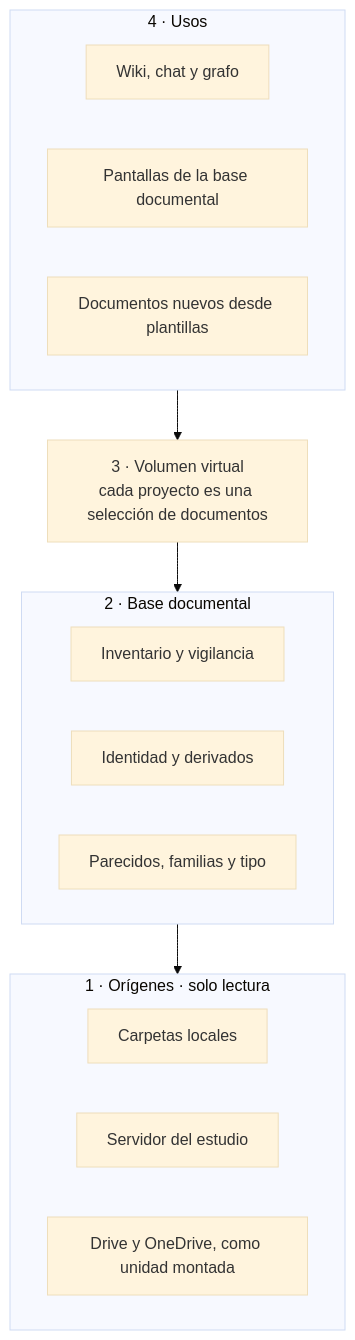
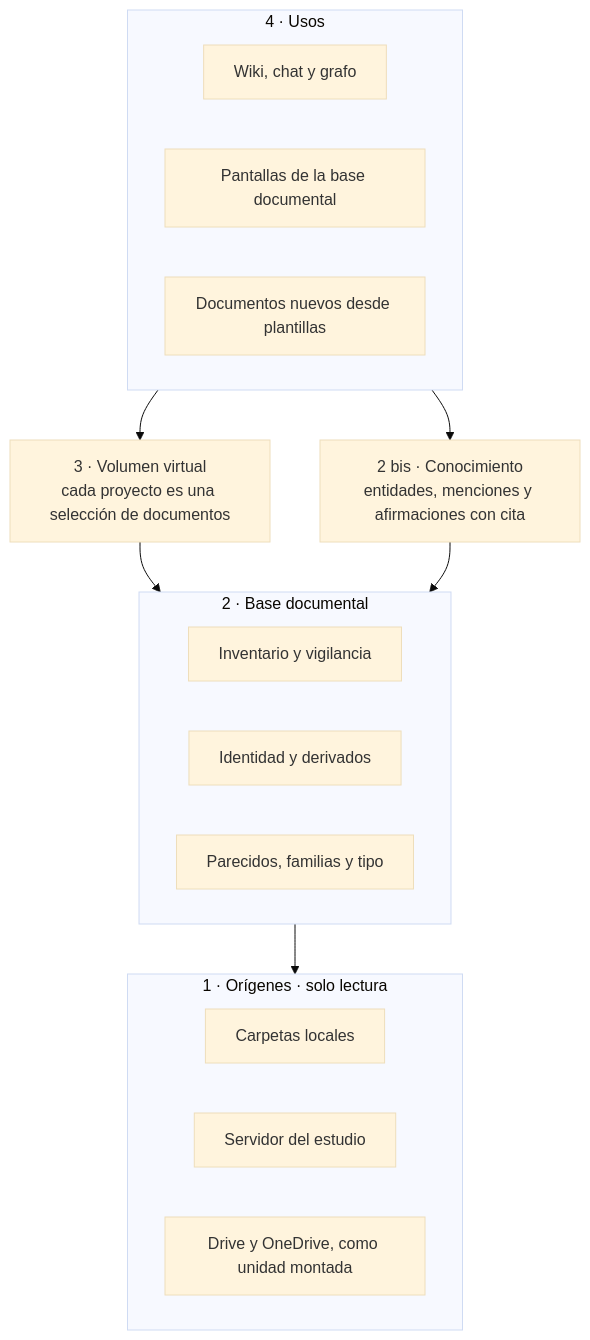
One commit to Micelya/llm_wiki changed the second of 7 diagrams in docs/design/base-documental.md. Above: the diagram before and after it, drawn with Mermaid (base theme). The commit also changed other lines of this file and 2 other files, not shown here.

````diff
--- a/docs/design/base-documental.md
+++ b/docs/design/base-documental.md
@@ -63,20 +64,22 @@
 ```mermaid
 flowchart TB
     subgraph U["4 · Usos"]
         W[Wiki, chat y grafo]
         P[Pantallas de la base documental]
         G[Documentos nuevos desde plantillas]
     end
     V["3 · Volumen virtual<br/>cada proyecto es una selección de documentos"]
+    K["2 bis · Conocimiento<br/>entidades, menciones y afirmaciones con cita"]
     subgraph B["2 · Base documental"]
         I[Inventario y vigilancia]
         D[Identidad y derivados]
         R[Parecidos, familias y tipo]
     end
     subgraph O["1 · Orígenes · solo lectura"]
         L[Carpetas locales]
         S[Servidor del estudio]
         C[Drive y OneDrive, como unidad montada]
     end
     U --> V --> B --> O
+    U --> K --> B
 ```
````
